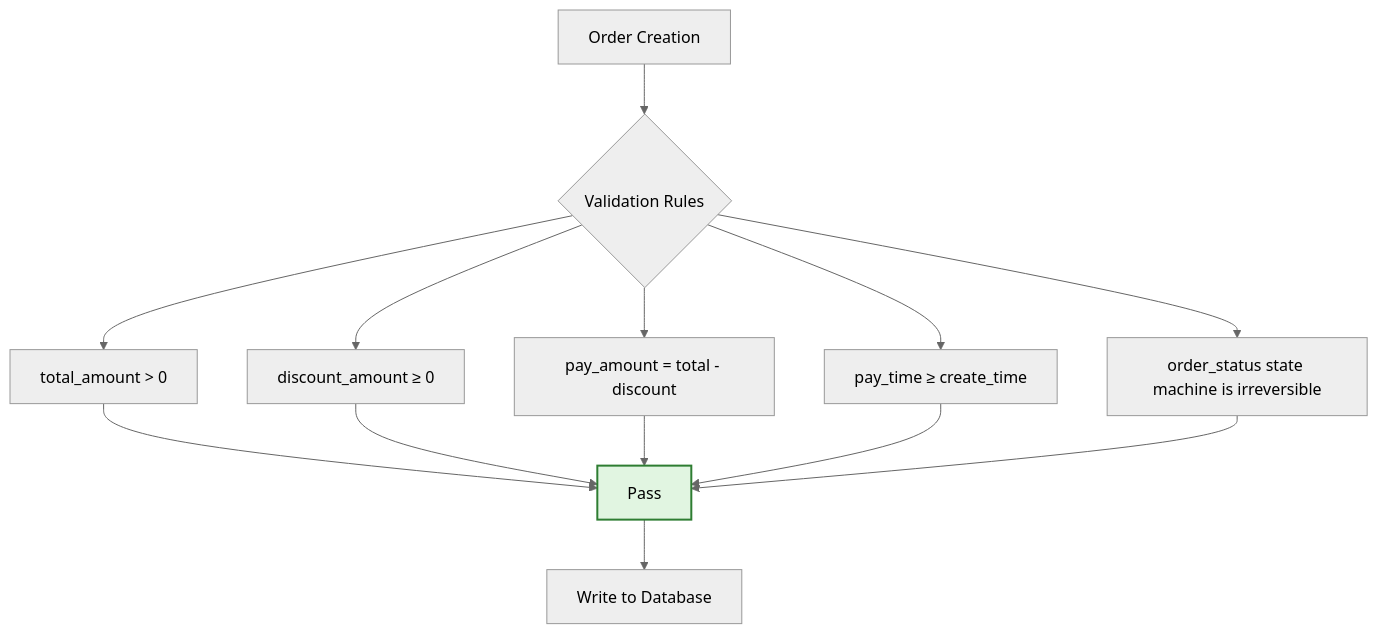
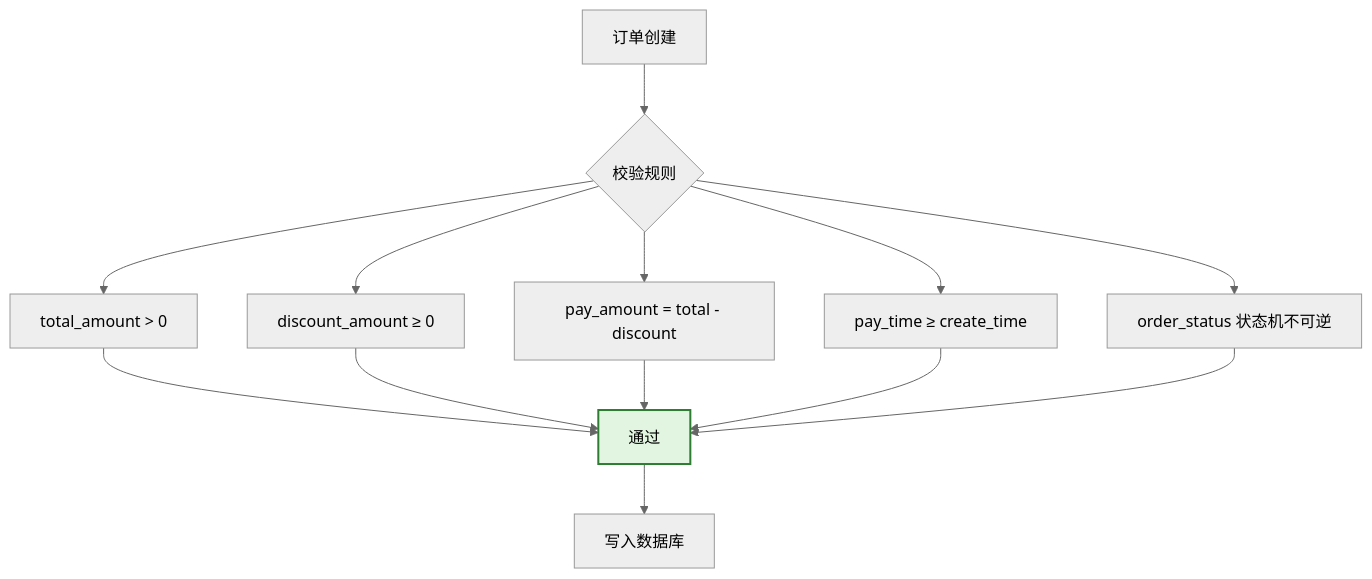
The fifth of 11 diagrams in templates/Product/Technology/Template-DB-Design.md (Kirky-X/cangjie), drawn with Mermaid (neutral theme) before and after one commit. The commit also changed other lines of this file and 33 other files, not shown here.

````diff
--- a/templates/Product/Technology/Template-DB-Design.md
+++ b/templates/Product/Technology/Template-DB-Design.md
@@ -370,17 +370,17 @@
 ```mermaid
 flowchart TD
-    A[Order Creation] --> B{Validation Rules}
+    A[订单创建] --> B{校验规则}
     B --> C1[total_amount > 0]
     B --> C2[discount_amount ≥ 0]
     B --> C3[pay_amount = total - discount]
     B --> C4[pay_time ≥ create_time]
-    B --> C5[order_status state machine is irreversible]
-    C1 --> D[Pass]
+    B --> C5[order_status 状态机不可逆]
+    C1 --> D[通过]
     C2 --> D
     C3 --> D
     C4 --> D
     C5 --> D
-    D --> E[Write to Database]
+    D --> E[写入数据库]
 
     style D fill:#e1f5e1,stroke:#2e7d32,stroke-width:2px
 ```
````
